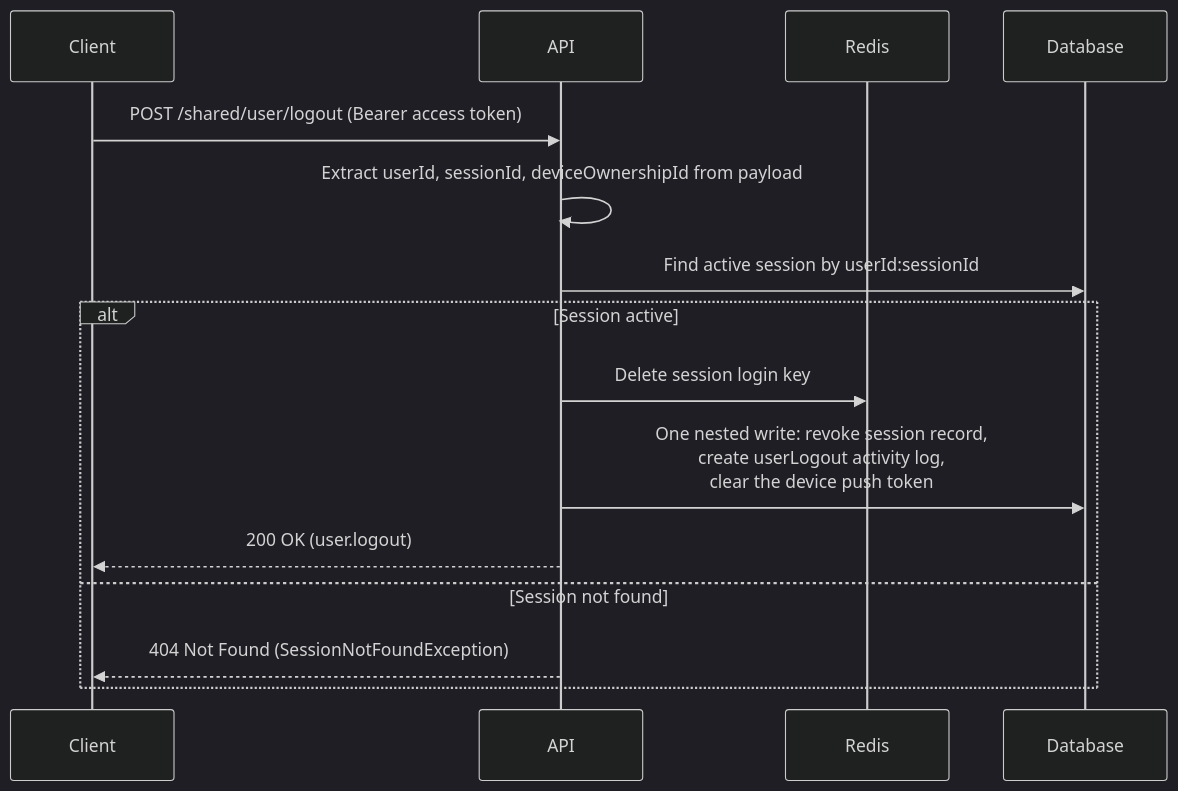
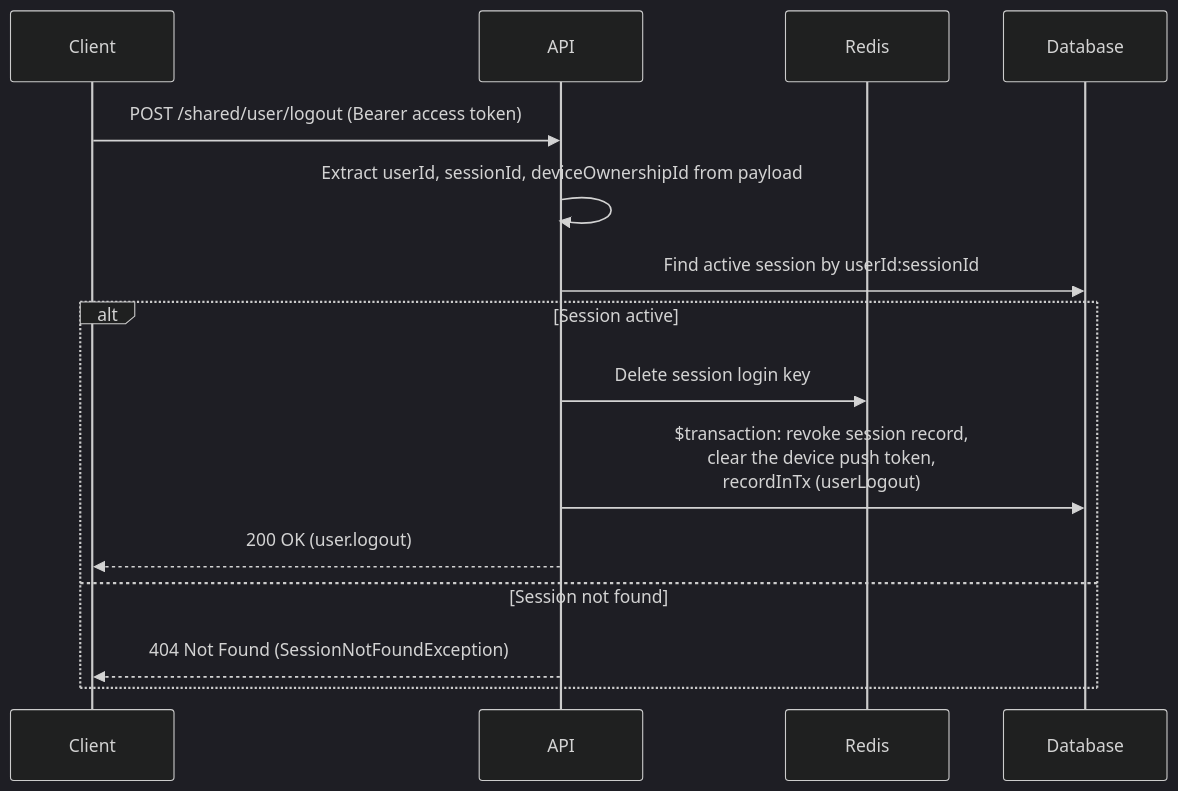
The fourth of 9 diagrams in docs/authentication.md (andrechristikan/ack-nestjs-boilerplate), drawn with Mermaid (dark theme) before and after one commit. The commit also changed other lines of this file and 430 other files, not shown here.

````diff
--- a/docs/authentication.md
+++ b/docs/authentication.md
@@ -367,18 +367,18 @@
 ```mermaid
 sequenceDiagram
     participant Client
     participant API
     participant Redis
     participant Database
 
     Client->>API: POST /shared/user/logout (Bearer access token)
     API->>API: Extract userId, sessionId, deviceOwnershipId from payload
     API->>Database: Find active session by userId:sessionId
     alt Session active
         API->>Redis: Delete session login key
-        API->>Database: One nested write: revoke session record,<br/>create userLogout activity log,<br/>clear the device push token
+        API->>Database: $transaction: revoke session record,<br/>clear the device push token,<br/>recordInTx (userLogout)
         API-->>Client: 200 OK (user.logout)
     else Session not found
         API-->>Client: 404 Not Found (SessionNotFoundException)
     end
 ```
````
